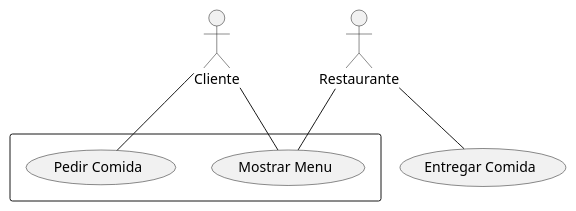
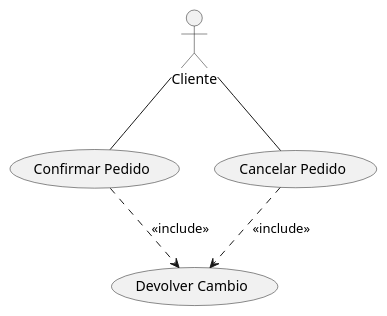
The diagram in src/Clases_De_Uso.puml (franmolinaadan/UML_1_Molina), drawn with PlantUML before and after one commit.

Commit message:
Segundo ejemplo

```diff
--- a/src/Clases_De_Uso.puml
+++ b/src/Clases_De_Uso.puml
@@ -1,15 +1,13 @@
 @startuml
 
 actor "Cliente" as cl
-actor "Restaurante" as rs
 
-rectangle {
-usecase "Mostrar Menu" as (Menu)
-usecase "Pedir Comida" as (Pedir)
-}
-"Entregar Comida" as (Entregar)
-cl -- Menu
-rs -- Menu
-cl -- Pedir
-rs -- Entregar
+"Confirmar Pedido" as (Confirmar)
+"Cancelar Pedido" as (Cancelar)
+"Devolver Cambio" as (Devolver)
+
+cl -- Confirmar
+cl -- Cancelar
+Confirmar ..> Devolver:<<include>>
+Cancelar ..> Devolver:<<include>>
 @enduml
```
